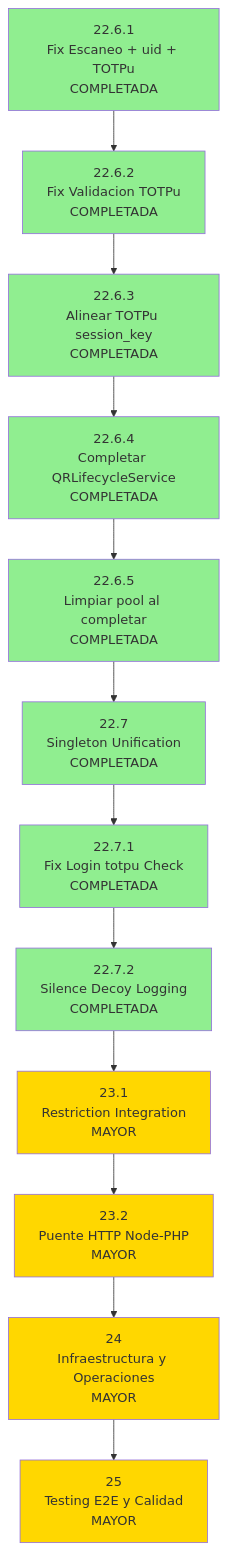
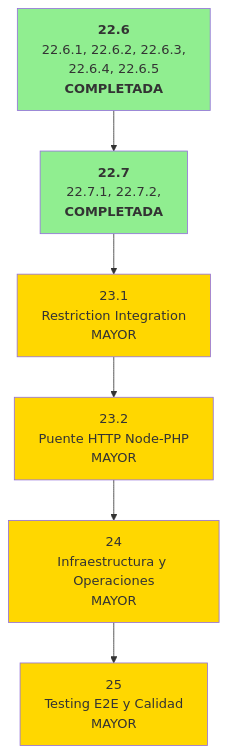
The diagram in ROADMAP.md (Ragnarsss/capstone-backend), drawn with Mermaid before and after one commit. The commit also changed other lines of this file and 3 other files, not shown here.

First line of the commit message:
docs: actualizar roadmap y especificaciones

````diff
--- a/ROADMAP.md
+++ b/ROADMAP.md
@@ -61,40 +61,22 @@
 ```mermaid
 flowchart TB
-    P0[22.6.1<br/>Fix Escaneo + uid + TOTPu<br/>COMPLETADA]
-    P1[22.6.2<br/>Fix Validacion TOTPu<br/>COMPLETADA]
-    P1_1[22.6.3<br/>Alinear TOTPu session_key<br/>COMPLETADA]
-    P1_2[22.6.4<br/>Completar QRLifecycleService<br/>COMPLETADA]
-    P1_3[22.6.5<br/>Limpiar pool al completar<br/>COMPLETADA]
-    P2[22.7<br/>Singleton Unification<br/>COMPLETADA]
-    P2_1[22.7.1<br/>Fix Login totpu Check<br/>COMPLETADA]
-    P2_2[22.7.2<br/>Silence Decoy Logging<br/>COMPLETADA]
+    P0[<b>22.6</b><br/>22.6.1, 22.6.2, 22.6.3,<br/> 22.6.4, 22.6.5<br/><b>COMPLETADA</b>]
+    P2[<b>22.7</b><br/>22.7.1, 22.7.2,<br/><b>COMPLETADA</b>]
     P3[23.1<br/>Restriction Integration<br/>MAYOR]
     P4[23.2<br/>Puente HTTP Node-PHP<br/>MAYOR]
     P5[24<br/>Infraestructura y Operaciones<br/>MAYOR]
     P6[25<br/>Testing E2E y Calidad<br/>MAYOR]
 
-    P0 --> P1
-    P1 --> P1_1
-    P1_1 --> P1_2
-    P1_2 --> P1_3
-    P1_3 --> P2
-    P2 --> P2_1
-    P2_1 --> P2_2
-    P2_2 --> P3
+    P0 --> P2
+    P2 --> P3
     P3 --> P4
     P4 --> P5
     P5 --> P6
 
     style P0 fill:#90EE90
-    style P1 fill:#90EE90
-    style P1_1 fill:#90EE90
-    style P1_2 fill:#90EE90
-    style P1_3 fill:#90EE90
     style P2 fill:#90EE90
-    style P2_1 fill:#90EE90
-    style P2_2 fill:#90EE90
     style P3 fill:#FFD700
     style P4 fill:#FFD700
     style P5 fill:#FFD700
     style P6 fill:#FFD700
 ```
````
